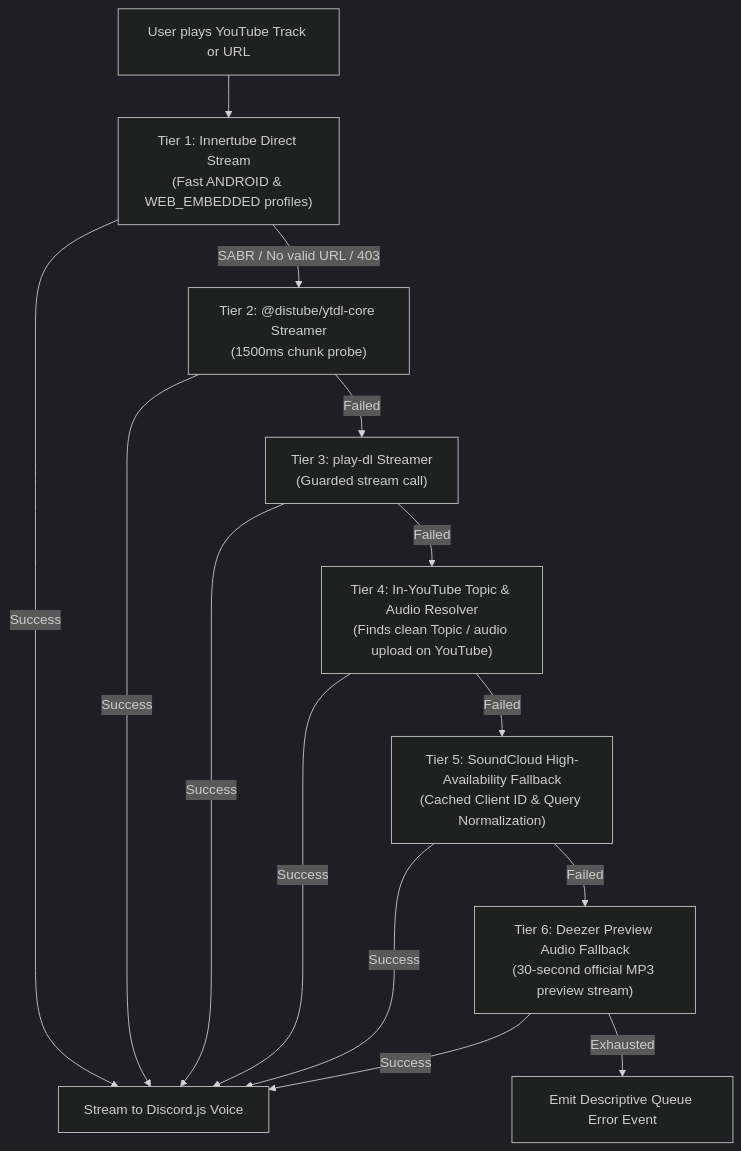
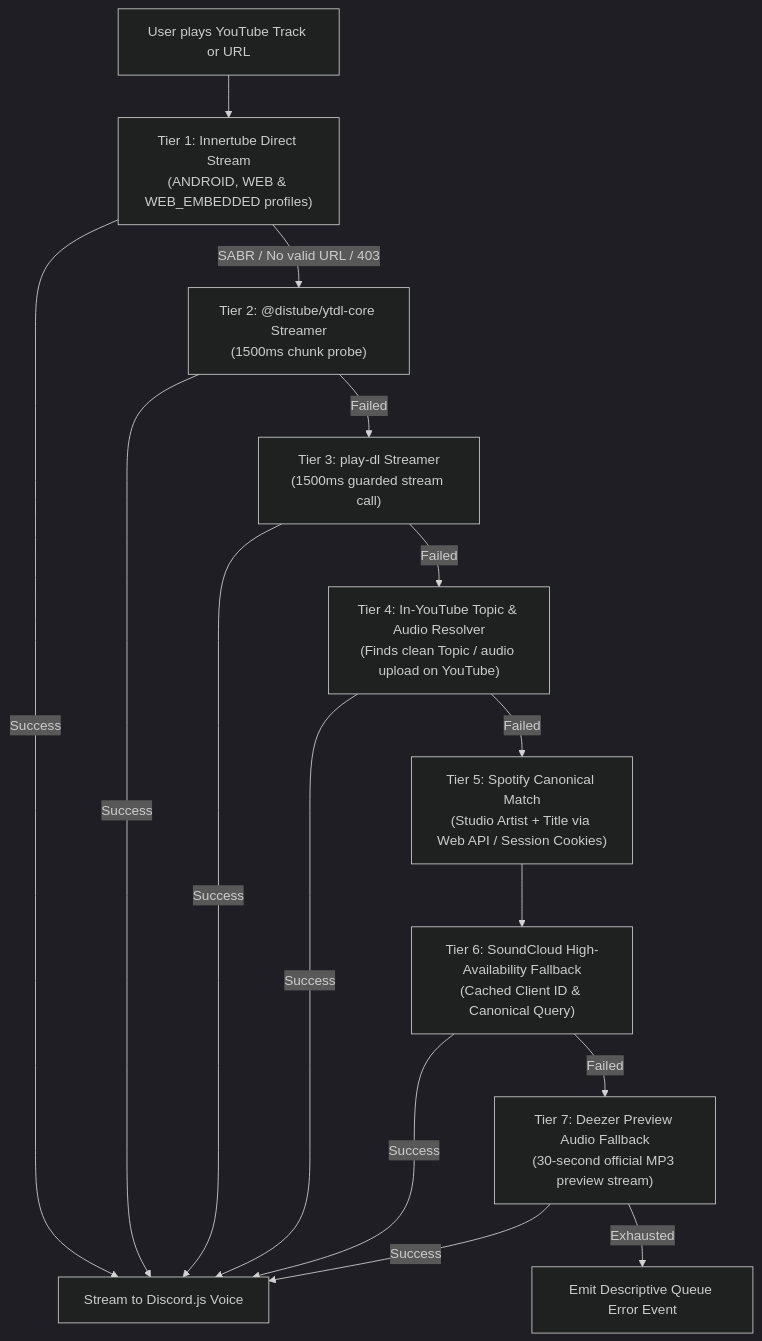
One commit to RirikoAI/RirikoBot changed the second of 2 diagrams in docs/music.md. Above: the diagram before and after it, drawn with Mermaid (dark theme). The commit also changed other lines of this file and 17 other files, not shown here.

Commit message:
feat(music): scrap go-librespot & implement Spotify Web API client credentials bridge (TASK-0506)

````diff
--- a/docs/music.md
+++ b/docs/music.md
@@ -84,16 +87,17 @@
 ```mermaid
 flowchart TD
-    Start["User plays YouTube Track or URL"] --> T1["Tier 1: Innertube Direct Stream<br/>(Fast ANDROID & WEB_EMBEDDED profiles)"]
+    Start["User plays YouTube Track or URL"] --> T1["Tier 1: Innertube Direct Stream<br/>(ANDROID, WEB & WEB_EMBEDDED profiles)"]
     T1 -- "Success" --> Play["Stream to Discord.js Voice"]
     T1 -- "SABR / No valid URL / 403" --> T2["Tier 2: @distube/ytdl-core Streamer<br/>(1500ms chunk probe)"]
     T2 -- "Success" --> Play
-    T2 -- "Failed" --> T3["Tier 3: play-dl Streamer<br/>(Guarded stream call)"]
+    T2 -- "Failed" --> T3["Tier 3: play-dl Streamer<br/>(1500ms guarded stream call)"]
     T3 -- "Success" --> Play
     T3 -- "Failed" --> T4["Tier 4: In-YouTube Topic & Audio Resolver<br/>(Finds clean Topic / audio upload on YouTube)"]
     T4 -- "Success" --> Play
-    T4 -- "Failed" --> T5["Tier 5: SoundCloud High-Availability Fallback<br/>(Cached Client ID & Query Normalization)"]
-    T5 -- "Success" --> Play
-    T5 -- "Failed" --> T6["Tier 6: Deezer Preview Audio Fallback<br/>(30-second official MP3 preview stream)"]
+    T4 -- "Failed" --> T5["Tier 5: Spotify Canonical Match<br/>(Studio Artist + Title via Web API / Session Cookies)"]
+    T5 --> T6["Tier 6: SoundCloud High-Availability Fallback<br/>(Cached Client ID & Canonical Query)"]
     T6 -- "Success" --> Play
-    T6 -- "Exhausted" --> Fail["Emit Descriptive Queue Error Event"]
+    T6 -- "Failed" --> T7["Tier 7: Deezer Preview Audio Fallback<br/>(30-second official MP3 preview stream)"]
+    T7 -- "Success" --> Play
+    T7 -- "Exhausted" --> Fail["Emit Descriptive Queue Error Event"]
 ```
````
